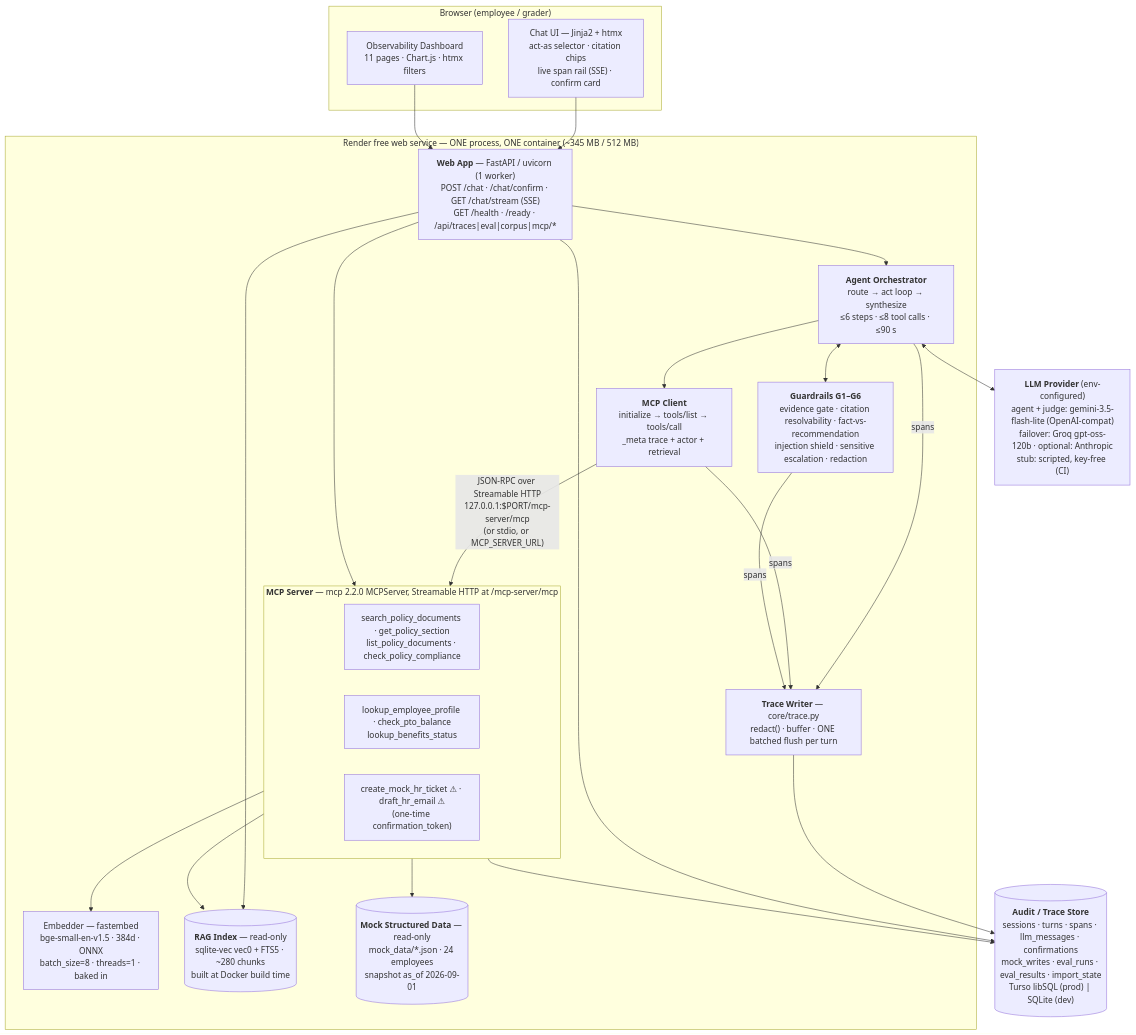
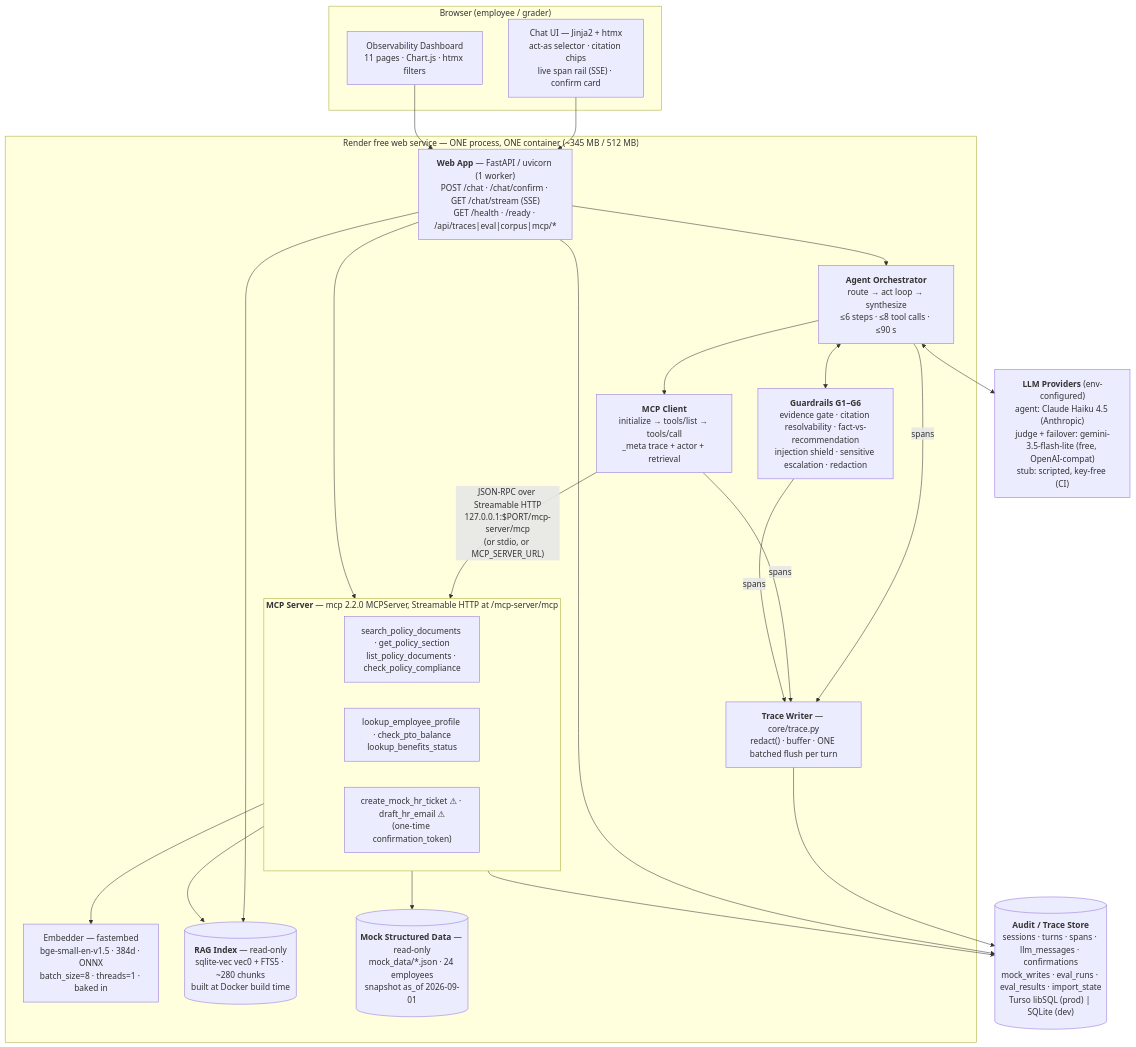
The diagram in docs/superpowers/specs/2026-09-08-hr-agentic-rag-design.md (seantmalone/quantic-mosaic), drawn with Mermaid before and after one commit. The commit also changed other lines of this file and 3 other files, not shown here.

First line of the commit message:
docs: agent on Claude Haiku 4.5 via the native Anthropic adapter; Gemini as free judge and failover; Groq removed

````diff
--- a/docs/superpowers/specs/2026-09-08-hr-agentic-rag-design.md
+++ b/docs/superpowers/specs/2026-09-08-hr-agentic-rag-design.md
@@ -68,37 +68,37 @@
 ```mermaid
 flowchart TB
     subgraph browser["Browser (employee / grader)"]
         UI["Chat UI — Jinja2 + htmx<br/>act-as selector · citation chips<br/>live span rail (SSE) · confirm card"]
         DASH["Observability Dashboard<br/>11 pages · Chart.js · htmx filters"]
     end
     subgraph render["Render free web service — ONE process, ONE container (~345 MB / 512 MB)"]
         WEB["<b>Web App</b> — FastAPI / uvicorn (1 worker)<br/>POST /chat · /chat/confirm · GET /chat/stream (SSE)<br/>GET /health · /ready · /api/traces|eval|corpus|mcp/*"]
         ORCH["<b>Agent Orchestrator</b><br/>route → act loop → synthesize<br/>≤6 steps · ≤8 tool calls · ≤90 s"]
         GUARD["<b>Guardrails G1–G6</b><br/>evidence gate · citation resolvability · fact-vs-recommendation<br/>injection shield · sensitive escalation · redaction"]
         MCPC["<b>MCP Client</b><br/>initialize → tools/list → tools/call<br/>_meta trace + actor + retrieval"]
         subgraph mcps["<b>MCP Server</b> — mcp 2.2.0 MCPServer, Streamable HTTP at /mcp-server/mcp"]
             direction LR
             T1["search_policy_documents · get_policy_section<br/>list_policy_documents · check_policy_compliance"]
             T2["lookup_employee_profile · check_pto_balance<br/>lookup_benefits_status"]
             T3["create_mock_hr_ticket ⚠ · draft_hr_email ⚠<br/>(one-time confirmation_token)"]
         end
         EMB["Embedder — fastembed<br/>bge-small-en-v1.5 · 384d · ONNX<br/>batch_size=8 · threads=1 · baked in"]
         RAGIDX[("<b>RAG Index</b> — read-only<br/>sqlite-vec vec0 + FTS5 · ~280 chunks<br/>built at Docker build time")]
         MOCK[("<b>Mock Structured Data</b> — read-only<br/>mock_data/*.json · 24 employees<br/>snapshot as_of 2026-09-01")]
         TRACE["<b>Trace Writer</b> — core/trace.py<br/>redact() · buffer · ONE batched flush per turn"]
     end
     STORE[("<b>Audit / Trace Store</b><br/>sessions · turns · spans · llm_messages · confirmations<br/>mock_writes · eval_runs · eval_results · import_state<br/>Turso libSQL (prod) | SQLite (dev)")]
-    LLM["<b>LLM Provider</b> (env-configured)<br/>agent + judge: gemini-3.5-flash-lite (OpenAI-compat)<br/>failover: Groq gpt-oss-120b · optional: Anthropic<br/>stub: scripted, key-free (CI)"]
+    LLM["<b>LLM Providers</b> (env-configured)<br/>agent: Claude Haiku 4.5 (Anthropic)<br/>judge + failover: gemini-3.5-flash-lite (free, OpenAI-compat)<br/>stub: scripted, key-free (CI)"]
     UI & DASH --> WEB
     WEB --> ORCH
     ORCH <--> GUARD
     ORCH --> MCPC
     MCPC -- "JSON-RPC over Streamable HTTP<br/>127.0.0.1:$PORT/mcp-server/mcp<br/>(or stdio, or MCP_SERVER_URL)" --> mcps
     T1 --> RAGIDX & EMB
     T2 --> MOCK
     T3 --> STORE
     ORCH <--> LLM
     ORCH & MCPC & GUARD -- spans --> TRACE
     TRACE --> STORE
     WEB --> STORE & mcps & RAGIDX
 ```
````
